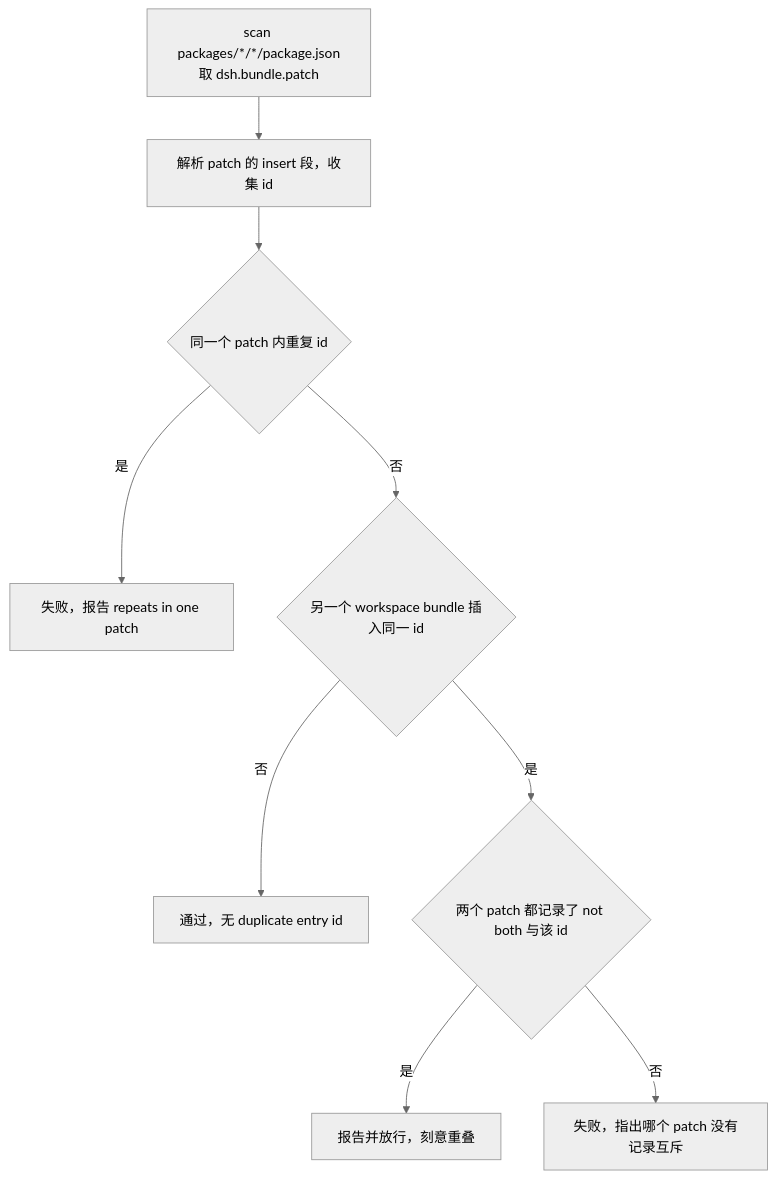
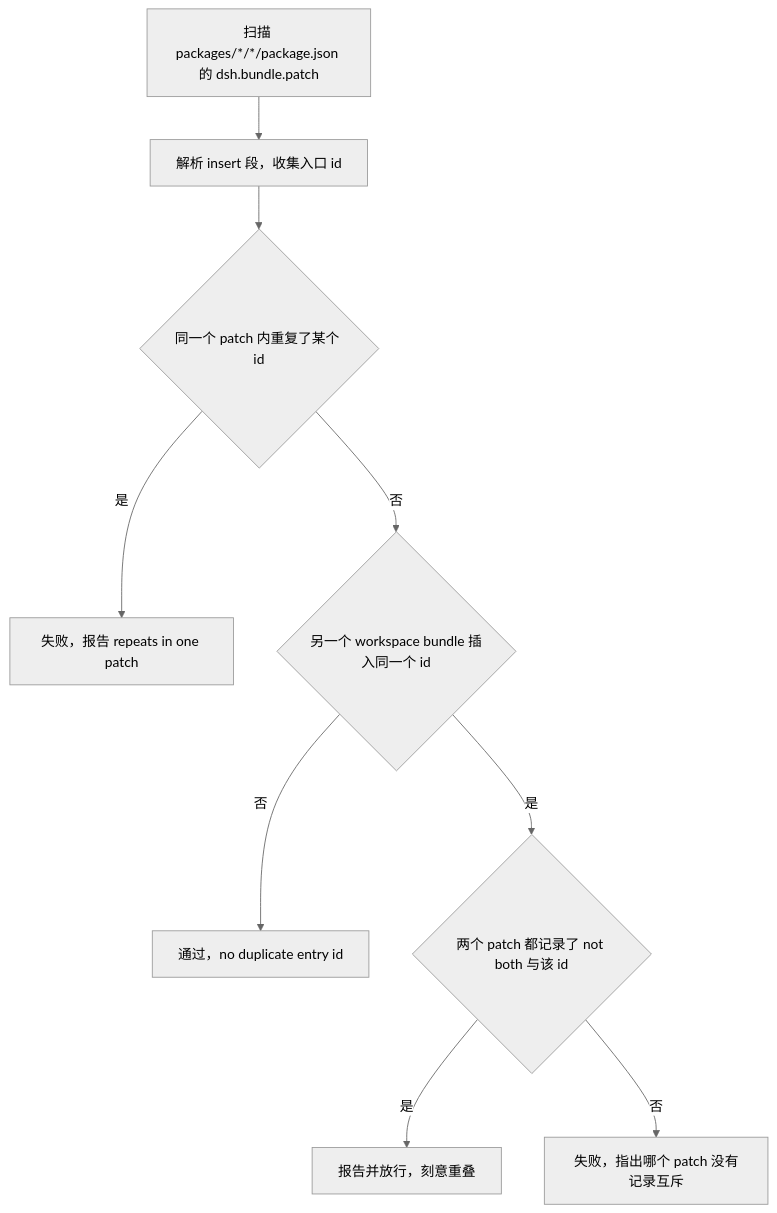
The second of 2 diagrams in openwiki/architecture/plugin-composition-and-bundles.md (zhangj1164/dsh-mega-plugins), drawn with Mermaid (neutral theme) before and after one commit. The commit also changed other lines of this file and 62 other files, not shown here.

````diff
--- a/openwiki/architecture/plugin-composition-and-bundles.md
+++ b/openwiki/architecture/plugin-composition-and-bundles.md
@@ -148,11 +222,11 @@
 ```mermaid
 flowchart TD
-  A["scan packages/*/*/package.json<br/>取 dsh.bundle.patch"] --> B["解析 patch 的 insert 段，收集 id"]
-  B --> C{"同一个 patch 内重复 id"}
-  C -->|是| F["失败，报告 repeats in one patch"]
-  C -->|否| D{"另一个 workspace bundle 插入同一 id"}
-  D -->|否| OK["通过，无 duplicate entry id"]
-  D -->|是| E{"两个 patch 都记录了 not both 与该 id"}
-  E -->|是| W["报告并放行，刻意重叠"]
-  E -->|否| F2["失败，指出哪个 patch 没有记录互斥"]
+  A["扫描 packages/*/*/package.json 的 dsh.bundle.patch"] --> B["解析 insert 段，收集入口 id"]
+  B --> C{"同一个 patch 内重复了某个 id"}
+  C -->|"是"| F["失败，报告 repeats in one patch"]
+  C -->|"否"| D{"另一个 workspace bundle 插入同一个 id"}
+  D -->|"否"| OK["通过，no duplicate entry id"]
+  D -->|"是"| E{"两个 patch 都记录了 not both 与该 id"}
+  E -->|"是"| W["报告并放行，刻意重叠"]
+  E -->|"否"| F2["失败，指出哪个 patch 没有记录互斥"]
 ```
````
